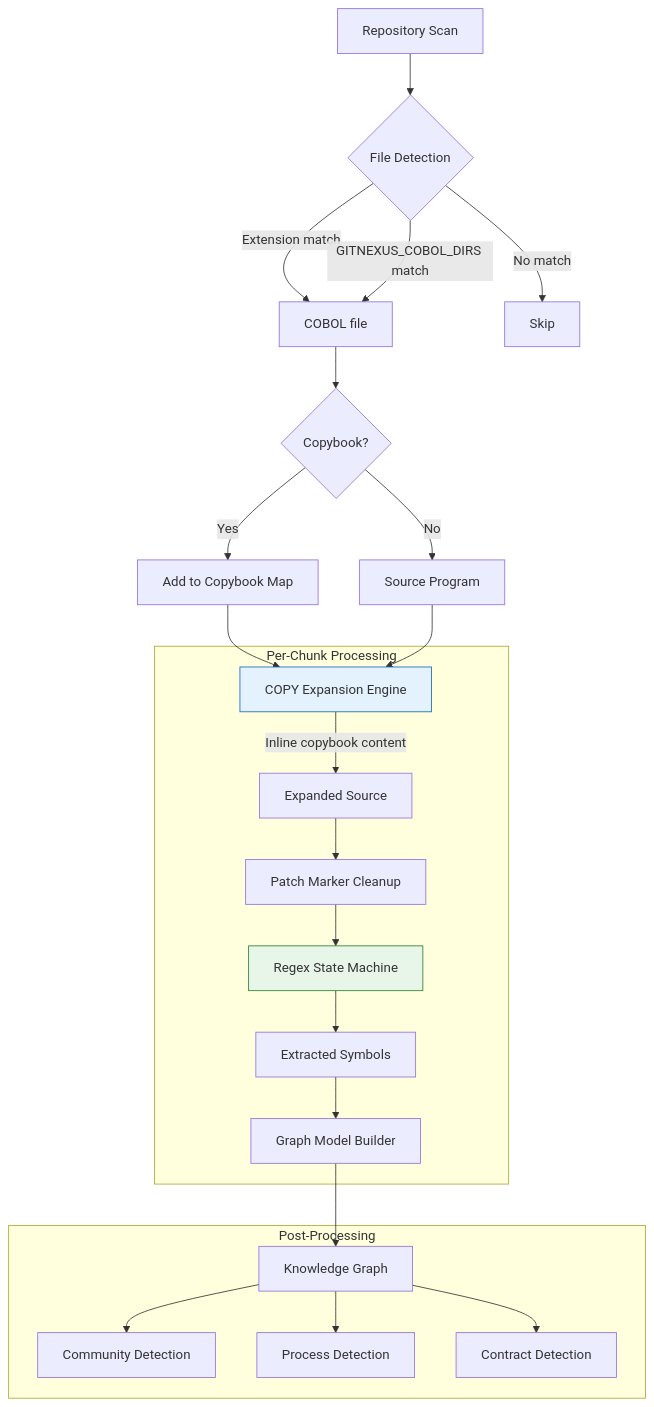
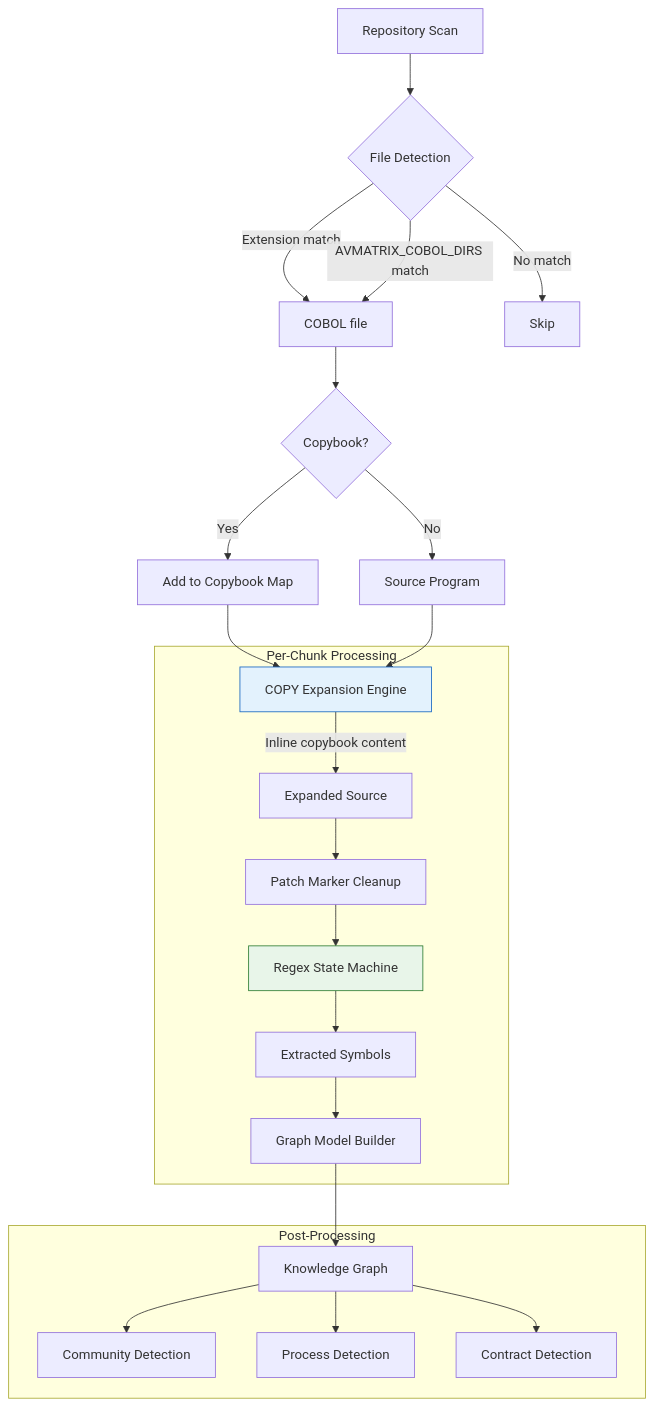
Before and after one commit to tamnguyendinh/AVmatrix: the diagram in docs/code-indexing/cobol/README.md, drawn with Mermaid. The commit also changed other lines of this file and 2555 other files, not shown here.

````diff
--- a/docs/code-indexing/cobol/README.md
+++ b/docs/code-indexing/cobol/README.md
@@ -25,40 +25,40 @@
 ```mermaid
 flowchart TD
     A[Repository Scan] --> B{File Detection}
     B -->|Extension match| C[COBOL file]
-    B -->|GITNEXUS_COBOL_DIRS match| C
+    B -->|AVMATRIX_COBOL_DIRS match| C
     B -->|No match| Z[Skip]
 
     C --> D{Copybook?}
     D -->|Yes| E[Add to Copybook Map]
     D -->|No| F[Source Program]
 
     E --> G[COPY Expansion Engine]
     F --> G
 
     G -->|Inline copybook content| H[Expanded Source]
     H --> I[Patch Marker Cleanup]
     I --> J[Regex State Machine]
 
     J --> K[Extracted Symbols]
     K --> L[Graph Model Builder]
     L --> M[Knowledge Graph]
 
     subgraph "Per-Chunk Processing"
         G
         H
         I
         J
         K
         L
     end
 
     subgraph "Post-Processing"
         M --> N[Community Detection]
         M --> O[Process Detection]
         M --> P[Contract Detection]
     end
 
     style J fill:#e8f5e9,stroke:#2e7d32
     style G fill:#e3f2fd,stroke:#1565c0
 ```
````
